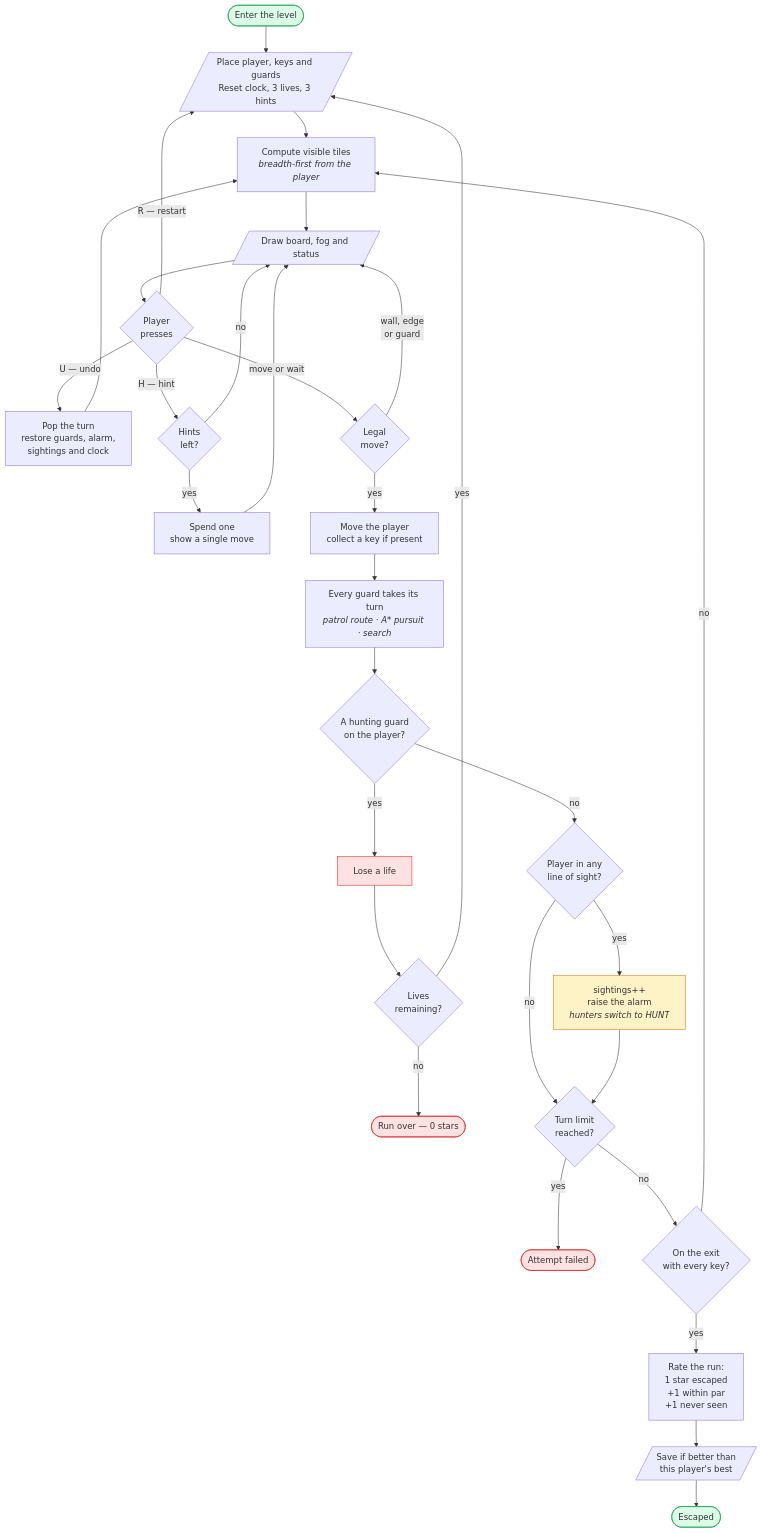
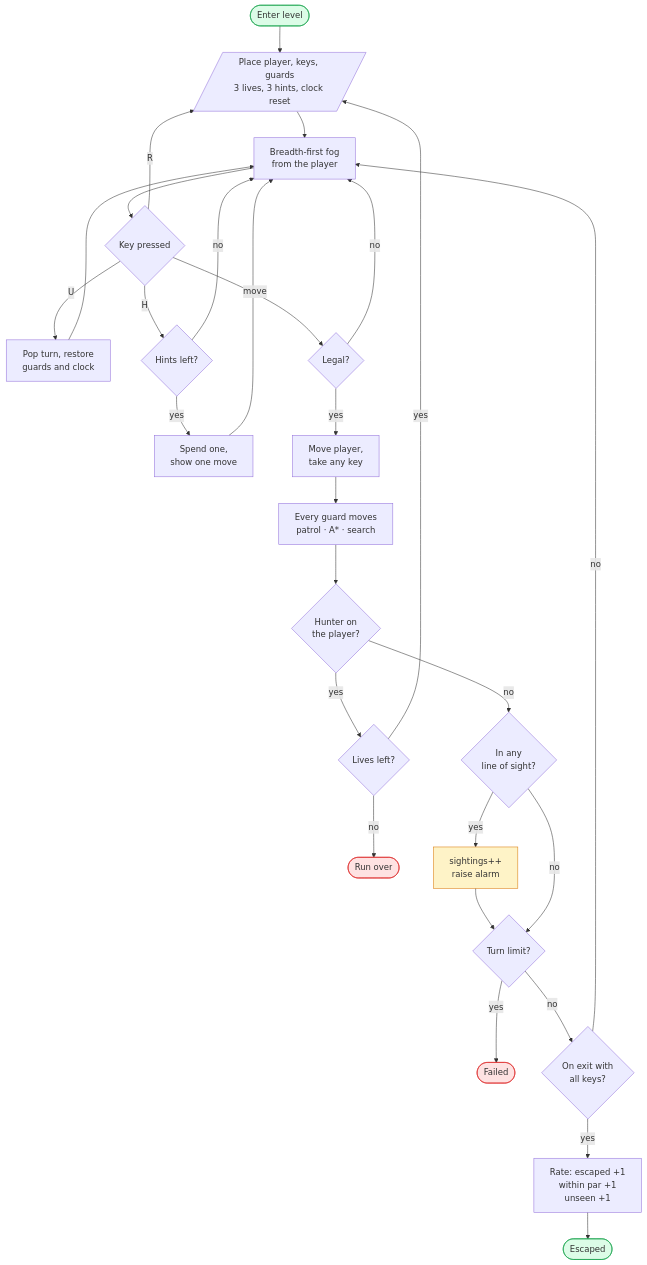
The ninth of 10 diagrams in docs/uml.md (Uzma-Yasmeen/SignalLost), drawn with Mermaid before and after one commit. The commit also changed other lines of this file and 4 other files, not shown here.

First line of the commit message:
Shorten the report and make the diagrams readable in print

````diff
--- a/docs/uml.md
+++ b/docs/uml.md
@@ -619,48 +592,38 @@
 ```mermaid
 flowchart TD
-    START([Enter the level]) --> INIT[/"Place player, keys and guards<br/>Reset clock, 3 lives, 3 hints"/]
-    INIT --> FOG["Compute visible tiles<br/><i>breadth-first from the player</i>"]
-    FOG --> DRAW[/"Draw board, fog and status"/]
-    DRAW --> INPUT{"Player<br/>presses"}
+    START([Enter level]) --> INIT[/"Place player, keys, guards<br/>3 lives, 3 hints, clock reset"/]
+    INIT --> FOG["Breadth-first fog<br/>from the player"]
+    FOG --> INPUT{"Key pressed"}
 
-    INPUT -->|"U — undo"| UNDO["Pop the turn<br/>restore guards, alarm,<br/>sightings and clock"]
-    UNDO --> FOG
+    INPUT -->|U| UNDO["Pop turn, restore<br/>guards and clock"] --> FOG
+    INPUT -->|H| HINT{"Hints left?"}
+    HINT -->|yes| SHOW["Spend one,<br/>show one move"] --> FOG
+    HINT -->|no| FOG
+    INPUT -->|R| INIT
 
-    INPUT -->|"H — hint"| HINTCHK{"Hints<br/>left?"}
-    HINTCHK -->|no| DRAW
-    HINTCHK -->|yes| HINT["Spend one<br/>show a single move"]
-    HINT --> DRAW
+    INPUT -->|move| LEGAL{"Legal?"}
+    LEGAL -->|no| FOG
+    LEGAL -->|yes| MOVE["Move player,<br/>take any key"]
 
-    INPUT -->|"R — restart"| INIT
+    MOVE --> GUARDS["Every guard moves<br/>patrol · A* · search"]
+    GUARDS --> CAUGHT{"Hunter on<br/>the player?"}
 
-    INPUT -->|"move or wait"| LEGAL{"Legal<br/>move?"}
-    LEGAL -->|"wall, edge<br/>or guard"| DRAW
-    LEGAL -->|yes| MOVE["Move the player<br/>collect a key if present"]
+    CAUGHT -->|yes| LIVES{"Lives left?"}
+    LIVES -->|yes| INIT
+    LIVES -->|no| OVER([Run over])
 
-    MOVE --> GUARDS["Every guard takes its turn<br/><i>patrol route · A* pursuit · search</i>"]
-    GUARDS --> CAUGHT{"A hunting guard<br/>on the player?"}
+    CAUGHT -->|no| SEEN{"In any<br/>line of sight?"}
+    SEEN -->|yes| SIGHT["sightings++<br/>raise alarm"] --> CLOCK
+    SEEN -->|no| CLOCK{"Turn limit?"}
 
-    CAUGHT -->|yes| LIFE["Lose a life"]
-    LIFE --> LIVES{"Lives<br/>remaining?"}
-    LIVES -->|yes| INIT
-    LIVES -->|no| OVER([Run over — 0 stars])
-
-    CAUGHT -->|no| SEEN{"Player in any<br/>line of sight?"}
-    SEEN -->|yes| SIGHT["sightings++<br/>raise the alarm<br/><i>hunters switch to HUNT</i>"]
-    SEEN -->|no| CLOCK
-    SIGHT --> CLOCK{"Turn limit<br/>reached?"}
-
-    CLOCK -->|yes| FAIL([Attempt failed])
-    CLOCK -->|no| EXIT{"On the exit<br/>with every key?"}
+    CLOCK -->|yes| FAIL([Failed])
+    CLOCK -->|no| EXIT{"On exit with<br/>all keys?"}
     EXIT -->|no| FOG
-    EXIT -->|yes| SCORE["Rate the run:<br/>1 star escaped<br/>+1 within par<br/>+1 never seen"]
-    SCORE --> SAVE[/"Save if better than<br/>this player's best"/]
-    SAVE --> DONE([Escaped])
+    EXIT -->|yes| SCORE["Rate: escaped +1<br/>within par +1<br/>unseen +1"] --> DONE([Escaped])
 
     style START fill:#dcfce7,stroke:#16a34a
     style DONE fill:#dcfce7,stroke:#16a34a
     style OVER fill:#fee2e2,stroke:#dc2626
     style FAIL fill:#fee2e2,stroke:#dc2626
     style SIGHT fill:#fef3c7,stroke:#d97706
-    style LIFE fill:#fee2e2,stroke:#dc2626
 ```
````
